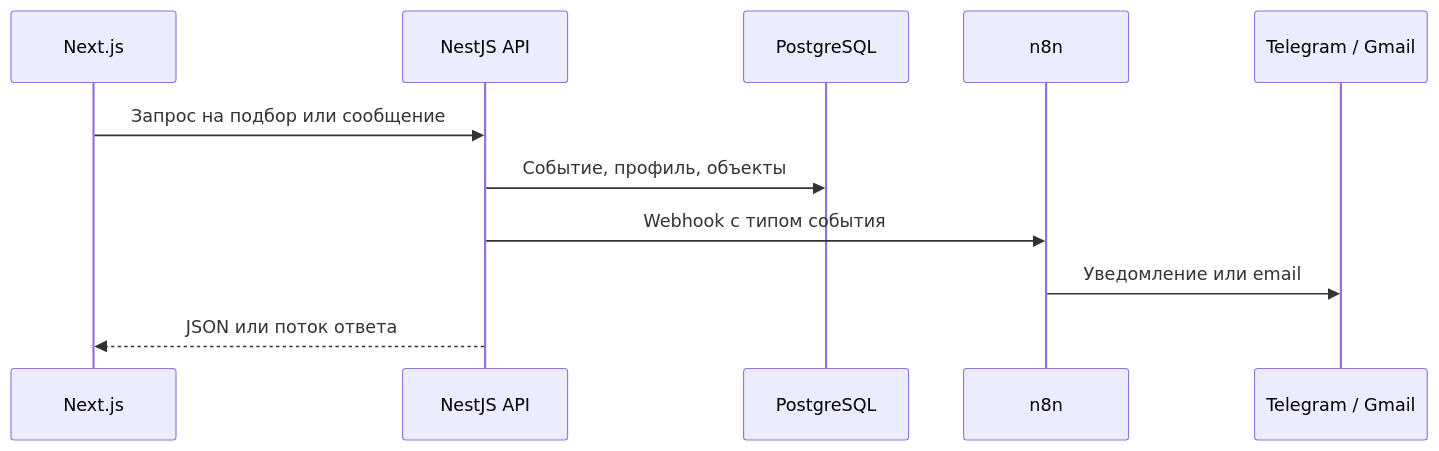
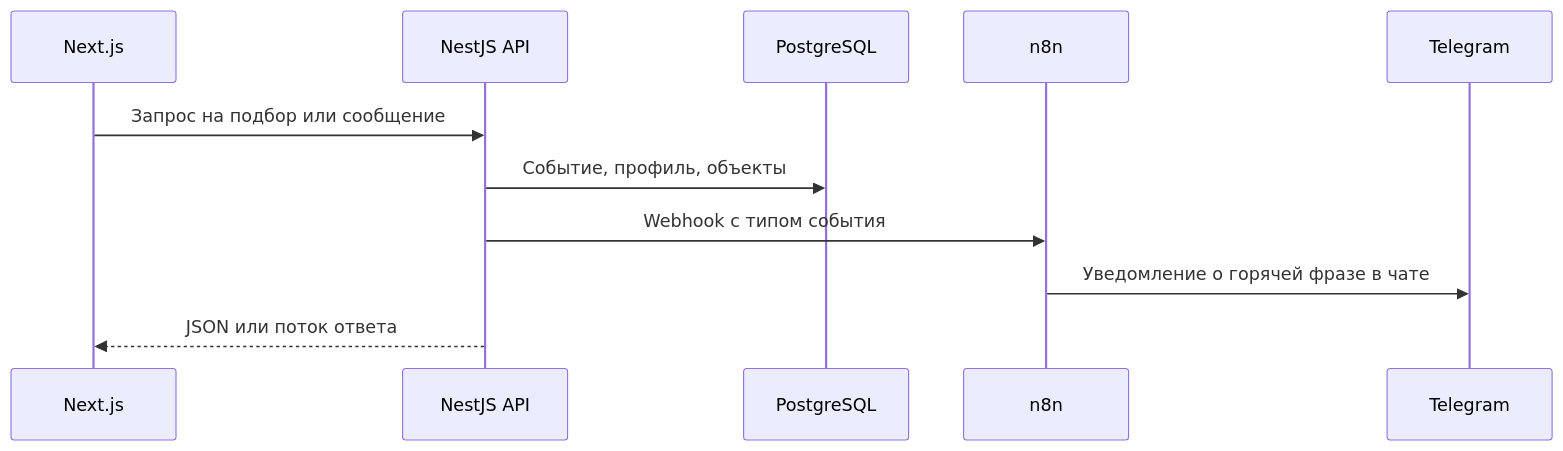
One commit to Zaynetdinova/estate_ufa changed the third of 4 diagrams in README.md. Above: the diagram before and after it, drawn with Mermaid. The commit also changed other lines of this file and 29 other files, not shown here.

First line of the commit message:
Заявка «Подобрать с менеджером» в чате и калькуляторе, уведомления в Telegram

````diff
--- a/README.md
+++ b/README.md
@@ -155,13 +167,13 @@
 ```mermaid
 sequenceDiagram
     participant W as Next.js
     participant A as NestJS API
     participant D as PostgreSQL
     participant N as n8n
-    participant T as Telegram / Gmail
+    participant T as Telegram
     W->>A: Запрос на подбор или сообщение
     A->>D: Событие, профиль, объекты
     A->>N: Webhook с типом события
-    N->>T: Уведомление или email
+    N->>T: Уведомление о горячей фразе в чате
     A-->>W: JSON или поток ответа
 ```
````
